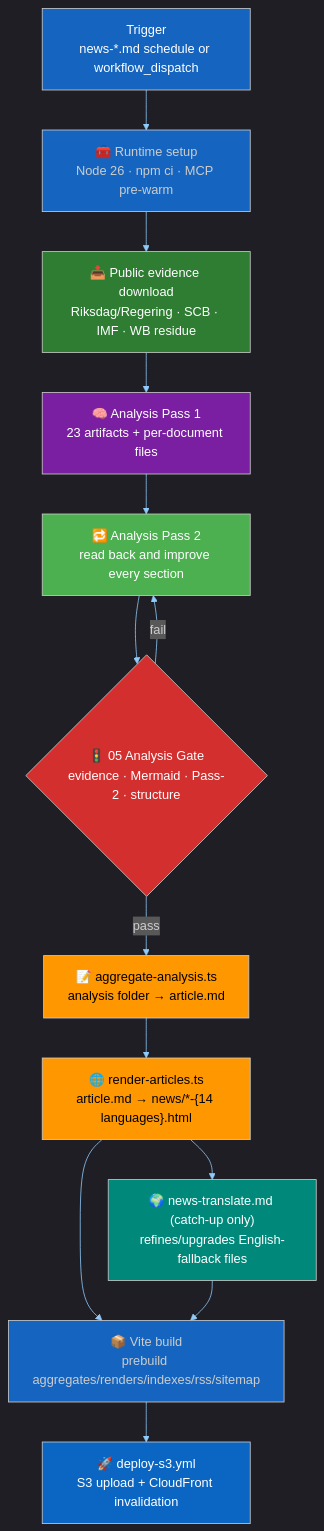
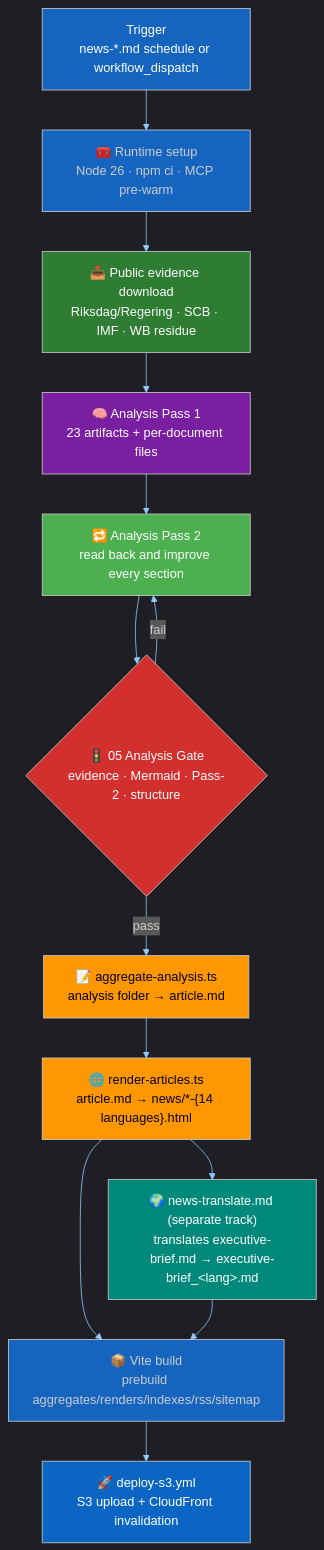
One commit to Hack23/riksdagsmonitor changed the first of 7 diagrams in Article-Generation.md. Above: the diagram before and after it, drawn with Mermaid. The commit also changed other lines of this file and 22 other files, not shown here.

First line of the commit message:
news-translate: add validator + file-ownership rules + sync prompt modules and per-type workflow descriptions

````diff
--- a/Article-Generation.md
+++ b/Article-Generation.md
@@ -123,26 +123,26 @@
 ```mermaid
 %%{init: {"theme":"dark","themeVariables":{"primaryColor":"#1565C0","primaryTextColor":"#ffffff","primaryBorderColor":"#0A3F7F","lineColor":"#90CAF9","secondaryColor":"#2E7D32","secondaryTextColor":"#ffffff","tertiaryColor":"#FF9800","tertiaryTextColor":"#000000","mainBkg":"#1565C0","secondBkg":"#2E7D32","tertiaryBkg":"#FF9800","noteBkgColor":"#FFC107","noteTextColor":"#000000","errorBkgColor":"#D32F2F","fontFamily":"Inter, Helvetica, Arial, sans-serif"}}}%%
 flowchart TB
     A["Trigger<br/>news-*.md schedule or workflow_dispatch"] --> B["🧰 Runtime setup<br/>Node 26 · npm ci · MCP pre-warm"]
     B --> C["📥 Public evidence download<br/>Riksdag/Regering · SCB · IMF · WB residue"]
     C --> D["🧠 Analysis Pass 1<br/>23 artifacts + per-document files"]
     D --> E["🔁 Analysis Pass 2<br/>read back and improve every section"]
     E --> F{"🚦 05 Analysis Gate<br/>evidence · Mermaid · Pass-2 · structure"}
     F -- fail --> E
     F -- pass --> G["📝 aggregate-analysis.ts<br/>analysis folder → article.md"]
     G --> H["🌐 render-articles.ts<br/>article.md → news/*-{14 languages}.html"]
-    H --> I["🌍 news-translate.md (catch-up only)<br/>refines/upgrades English-fallback files"]
+    H --> I["🌍 news-translate.md (separate track)<br/>translates executive-brief.md → executive-brief_&lt;lang&gt;.md"]
     H --> J["📦 Vite build<br/>prebuild aggregates/renders/indexes/rss/sitemap"]
     I --> J
     J --> K["🚀 deploy-s3.yml<br/>S3 upload + CloudFront invalidation"]
 
     style A fill:#1565C0,color:#ffffff
     style C fill:#2E7D32,color:#ffffff
     style D fill:#7B1FA2,color:#ffffff
     style E fill:#4CAF50,color:#ffffff
     style F fill:#D32F2F,color:#ffffff
     style G fill:#FF9800,color:#000000
     style H fill:#FF9800,color:#000000
     style I fill:#00897B,color:#ffffff
     style K fill:#0A66C2,color:#ffffff
 ```
````
